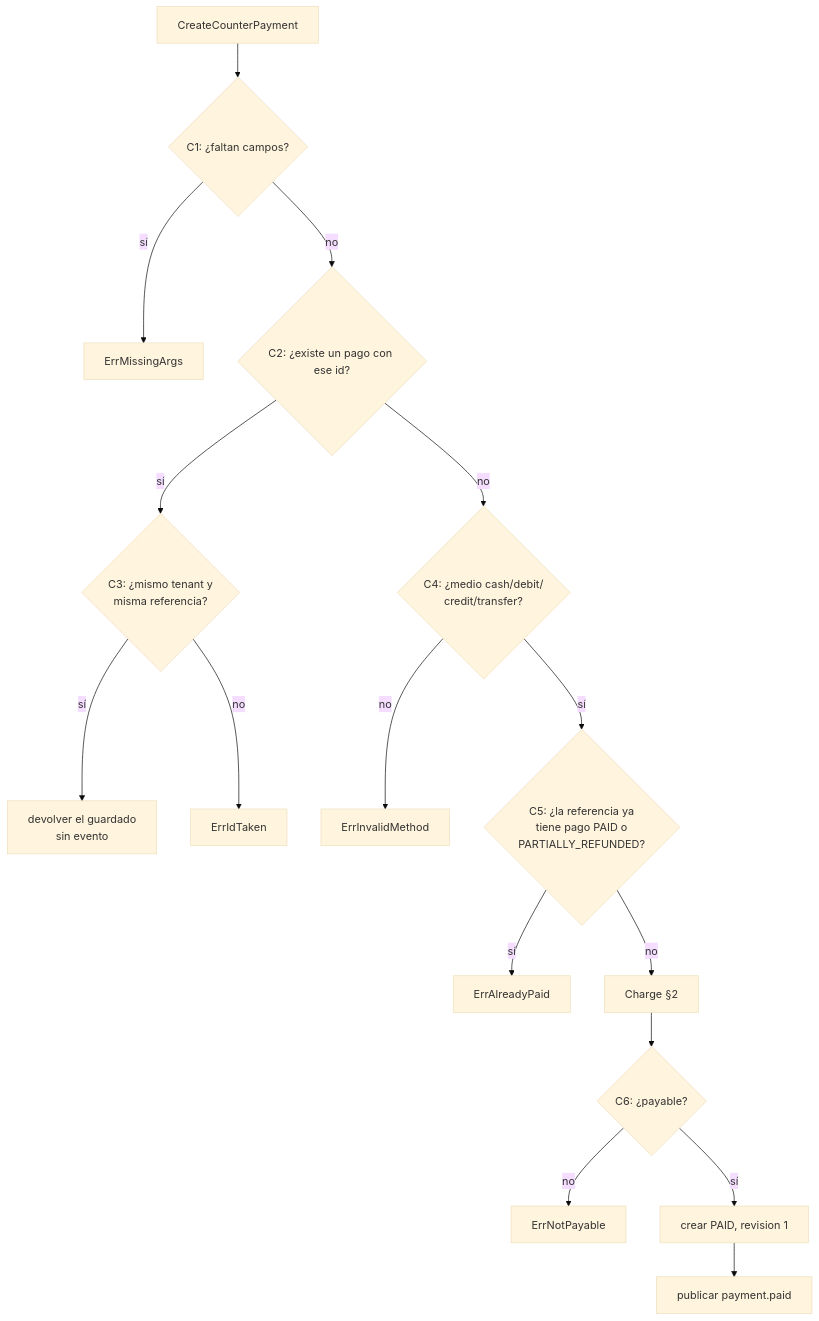
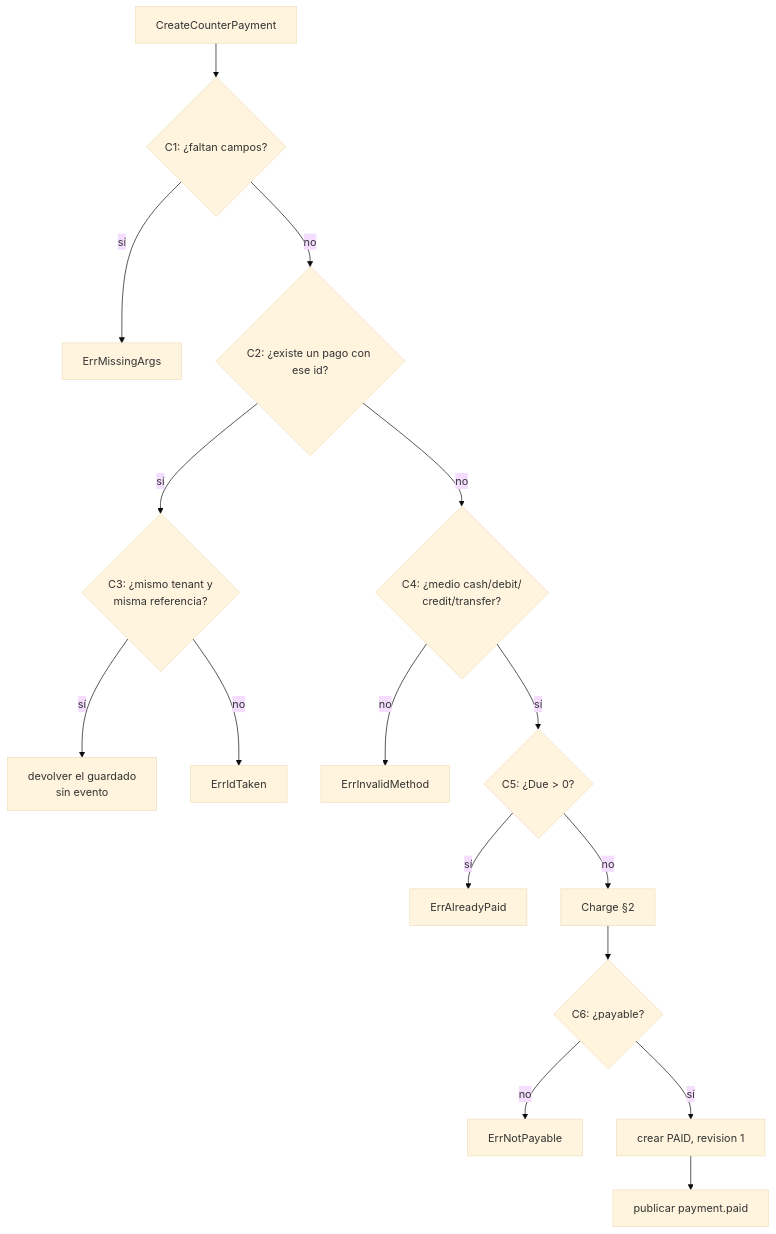
The third of 11 diagrams in docs/diagrams/flows.md (veltylabs/payment_manager), drawn with Mermaid (base theme) before and after one commit. The commit also changed other lines of this file and 23 other files, not shown here.

````diff
--- a/docs/diagrams/flows.md
+++ b/docs/diagrams/flows.md
@@ -43,18 +41,18 @@
 ```mermaid
 flowchart TD
     A[CreateCounterPayment] --> C1{C1: ¿faltan campos?}
     C1 -- sí --> E0[ErrMissingArgs]
     C1 -- no --> C2{C2: ¿existe un pago con ese id?}
     C2 -- sí --> C3{C3: ¿mismo tenant y<br>misma referencia?}
     C3 -- sí --> R0[devolver el guardado<br>sin evento]
     C3 -- no --> E1[ErrIdTaken]
     C2 -- no --> C4{C4: ¿medio cash/debit/<br>credit/transfer?}
     C4 -- no --> E2[ErrInvalidMethod]
-    C4 -- sí --> C5{C5: ¿la referencia ya<br>tiene pago PAID o<br>PARTIALLY_REFUNDED?}
+    C4 -- sí --> C5{C5: ¿Due > 0?}
     C5 -- sí --> E3[ErrAlreadyPaid]
     C5 -- no --> CH[Charge §2]
     CH --> C6{C6: ¿payable?}
     C6 -- no --> E4[ErrNotPayable]
     C6 -- sí --> W[crear PAID, revision 1]
     W --> EV[publicar payment.paid]
 ```
````
